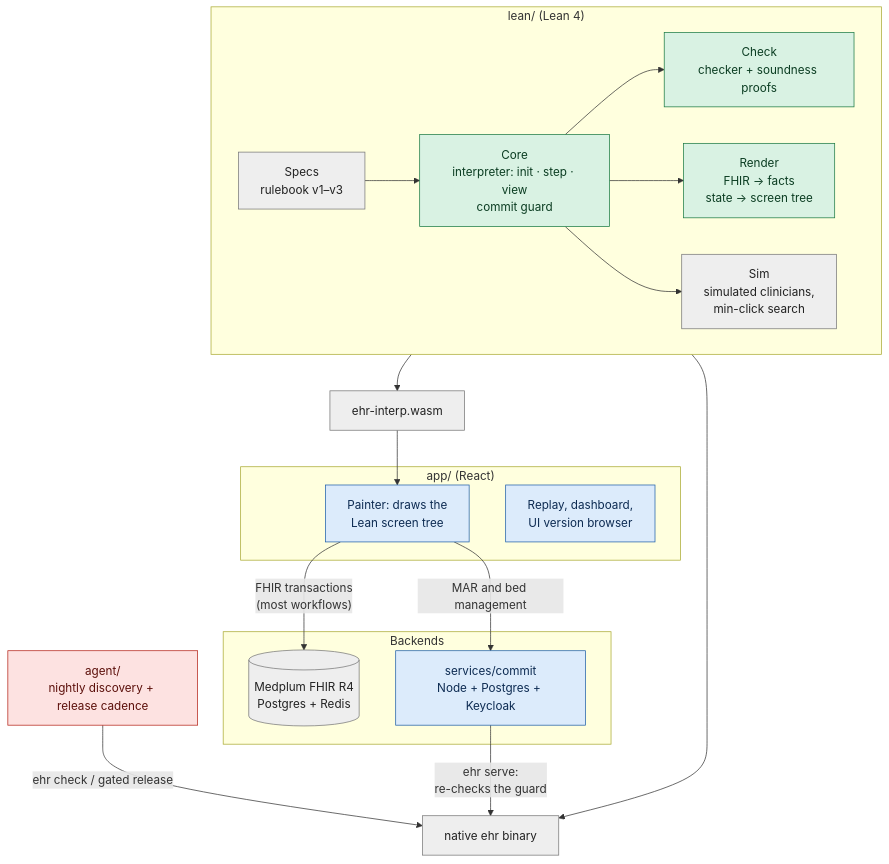
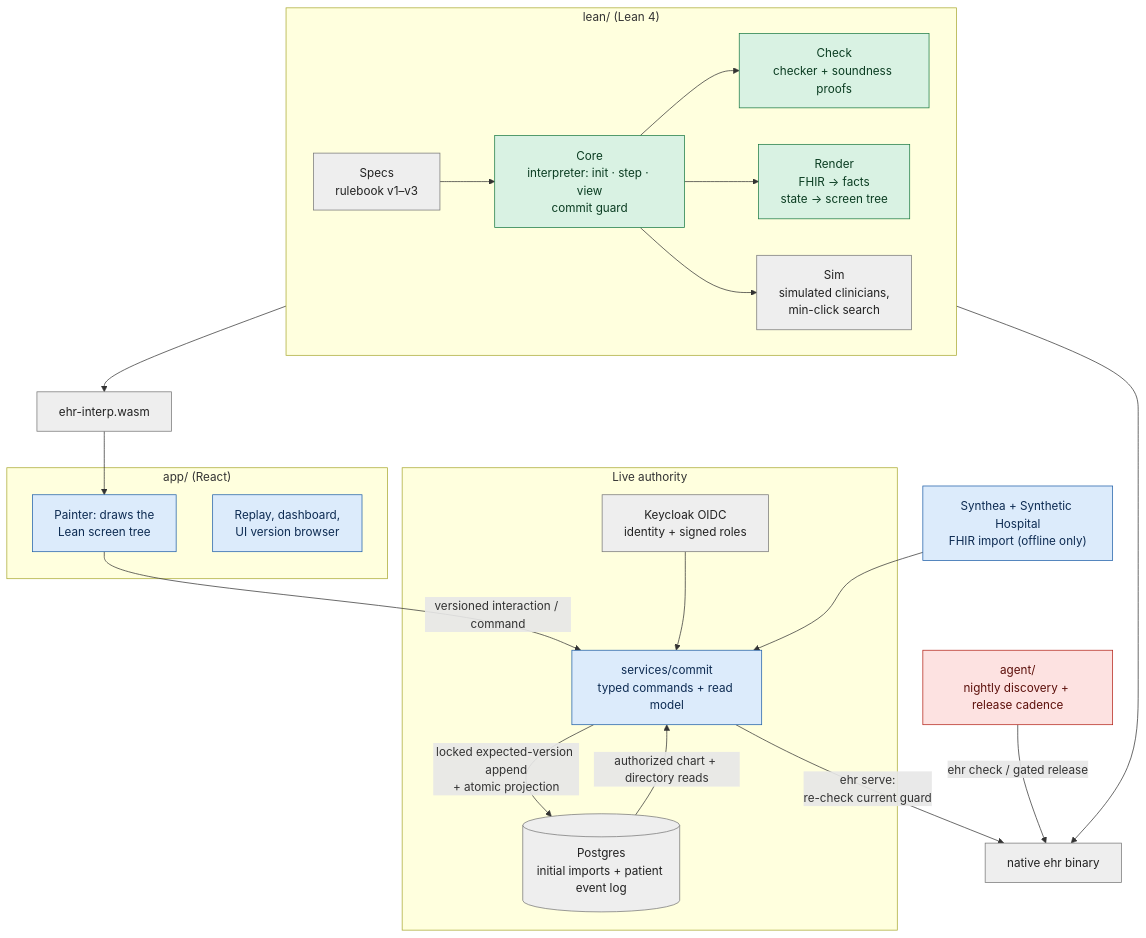
Before and after one commit to saithat/VGI-Health: the second of 3 diagrams in README.md, drawn with Mermaid. The commit also changed other lines of this file and 179 other files, not shown here.

First line of the commit message:
Remove Medplum: the Lean commit service is the only live store and writer

````diff
--- a/README.md
+++ b/README.md
@@ -86,41 +86,46 @@
 ```mermaid
 flowchart TB
   classDef proved fill:#d9f2e3,stroke:#1b7a43,color:#0b3d22
   classDef checked fill:#dcebfb,stroke:#1f5fa8,color:#0d2b52
   classDef trusted fill:#eeeeee,stroke:#777,color:#222
   classDef untrusted fill:#fde2e1,stroke:#b42318,color:#5c100b
 
   subgraph LEAN["lean/ (Lean 4)"]
     direction LR
     SPECS["Specs<br/>rulebook v1–v3"]:::trusted
     CORE["Core<br/>interpreter: init · step · view<br/>commit guard"]:::proved
     CHECK["Check<br/>checker + soundness proofs"]:::proved
     RENDER["Render<br/>FHIR → facts<br/>state → screen tree"]:::proved
     SIM["Sim<br/>simulated clinicians,<br/>min-click search"]:::trusted
     SPECS --> CORE --> CHECK
     CORE --> RENDER
     CORE --> SIM
   end
 
   NATIVE["native ehr binary"]:::trusted
   WASM["ehr-interp.wasm"]:::trusted
   LEAN --> NATIVE
   LEAN --> WASM
 
   subgraph BROWSER["app/ (React)"]
     PAINTER["Painter: draws the<br/>Lean screen tree"]:::checked
     DASH["Replay, dashboard,<br/>UI version browser"]:::checked
   end
   WASM --> PAINTER
 
   AGENT["agent/<br/>nightly discovery + release cadence"]:::untrusted
   AGENT -->|"ehr check / gated release"| NATIVE
 
-  subgraph BACKEND["Backends"]
-    MEDPLUM[("Medplum FHIR R4<br/>Postgres + Redis")]:::trusted
-    COMMIT["services/commit<br/>Node + Postgres + Keycloak"]:::checked
+  subgraph BACKEND["Live authority"]
+    COMMIT["services/commit<br/>typed commands + read model"]:::checked
+    STORE[("Postgres<br/>initial imports + patient event log")]:::trusted
+    OIDC["Keycloak OIDC<br/>identity + signed roles"]:::trusted
   end
-  PAINTER -->|"FHIR transactions<br/>(most workflows)"| MEDPLUM
-  PAINTER -->|"MAR and bed management"| COMMIT
-  COMMIT -->|"ehr serve:<br/>re-checks the guard"| NATIVE
+  IMPORT["Synthea + Synthetic Hospital<br/>FHIR import (offline only)"]:::checked
+  PAINTER -->|"versioned interaction / command"| COMMIT
+  OIDC --> COMMIT
+  COMMIT -->|"ehr serve:<br/>re-check current guard"| NATIVE
+  COMMIT -->|"locked expected-version append<br/>+ atomic projection"| STORE
+  STORE -->|"authorized chart + directory reads"| COMMIT
+  IMPORT --> COMMIT
 ```
````
